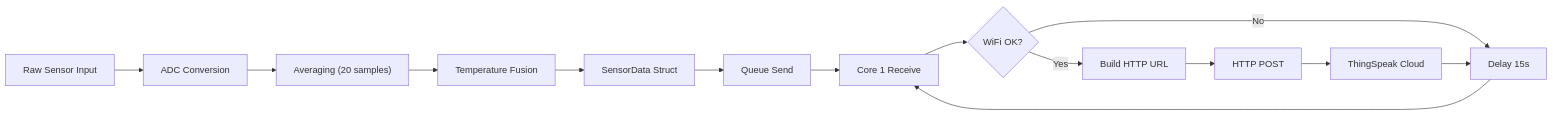
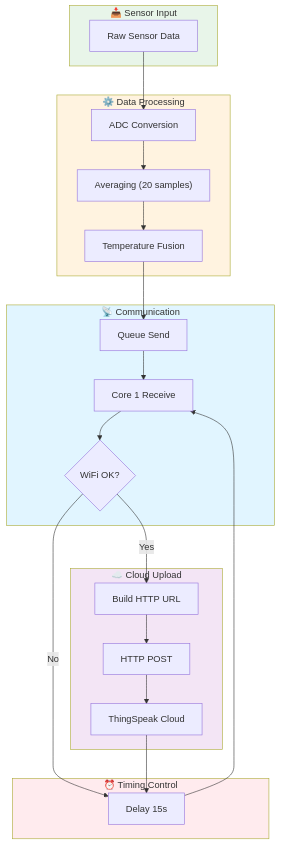
Before and after one commit to ficrammanifur/ESP32-RTOS-Environmental-Monitor: the seventh of 25 diagrams in README.md, drawn with Mermaid. The commit also changed other lines of this file, not shown here.

````diff
--- a/README.md
+++ b/README.md
@@ -363,29 +363,47 @@
 ```mermaid
-graph LR
-    RAW["Raw Sensor Input"]
-    ADC["ADC Conversion"]
-    AVG["Averaging (20 samples)"]
-    FUSION["Temperature Fusion"]
-    DATA["SensorData Struct"]
-    QUEUE["Queue Send"]
-    CORE1["Core 1 Receive"]
-    WIFI{WiFi OK?}
-    BUILD["Build HTTP URL"]
-    POST["HTTP POST"]
-    CLOUD["ThingSpeak Cloud"]
-    DELAY["Delay 15s"]
-
+graph TB
+    subgraph INPUT["📥 Sensor Input"]
+        RAW["Raw Sensor Data"]
+    end
+    
+    subgraph PROCESSING["⚙️ Data Processing"]
+        ADC["ADC Conversion"]
+        AVG["Averaging (20 samples)"]
+        FUSION["Temperature Fusion"]
+    end
+    
+    subgraph COMMUNICATION["📡 Communication"]
+        QUEUE["Queue Send"]
+        CORE1["Core 1 Receive"]
+        WIFI{WiFi OK?}
+    end
+    
+    subgraph UPLOAD["☁️ Cloud Upload"]
+        BUILD["Build HTTP URL"]
+        POST["HTTP POST"]
+        CLOUD["ThingSpeak Cloud"]
+    end
+    
+    subgraph TIMING["⏰ Timing Control"]
+        DELAY["Delay 15s"]
+    end
+    
     RAW --> ADC
     ADC --> AVG
     AVG --> FUSION
-    FUSION --> DATA
-    DATA --> QUEUE
+    FUSION --> QUEUE
     QUEUE --> CORE1
     CORE1 --> WIFI
     WIFI -->|Yes| BUILD
     WIFI -->|No| DELAY
     BUILD --> POST
     POST --> CLOUD
     CLOUD --> DELAY
     DELAY --> CORE1
+    
+    style INPUT fill:#e8f5e9
+    style PROCESSING fill:#fff3e0
+    style COMMUNICATION fill:#e1f5ff
+    style UPLOAD fill:#f3e5f5
+    style TIMING fill:#ffebee
 ```
````
